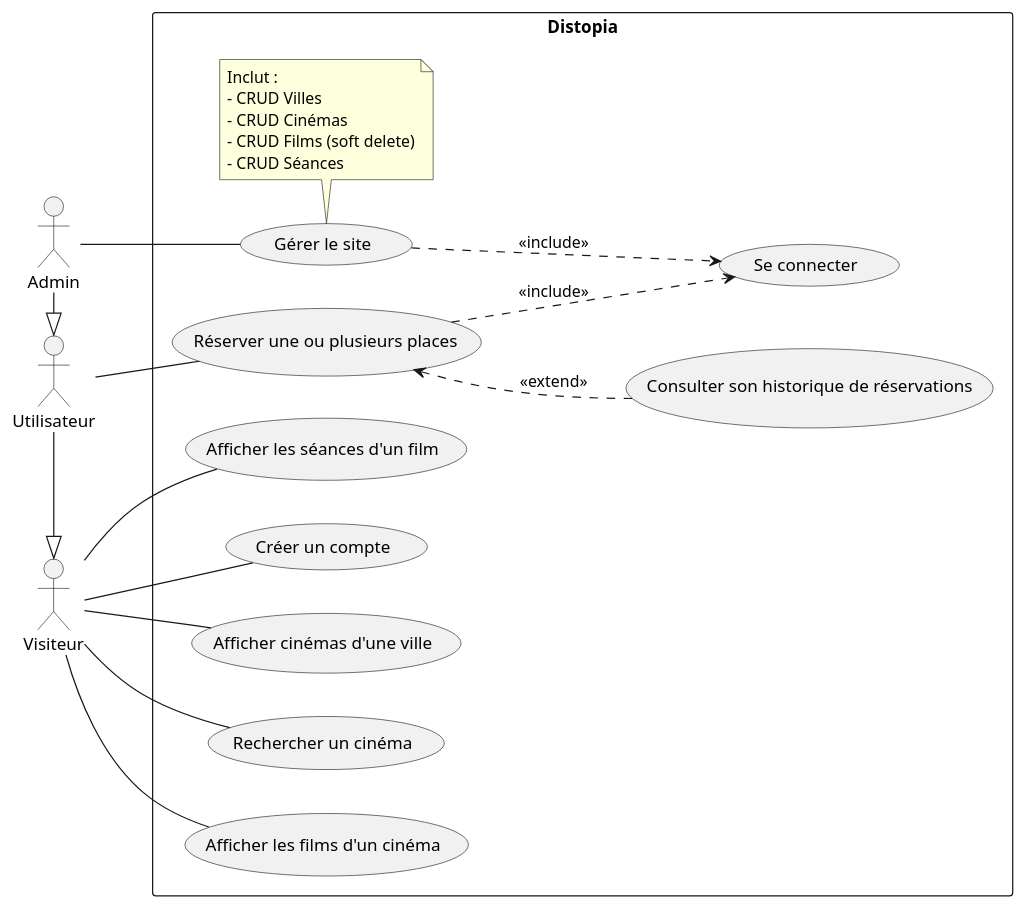
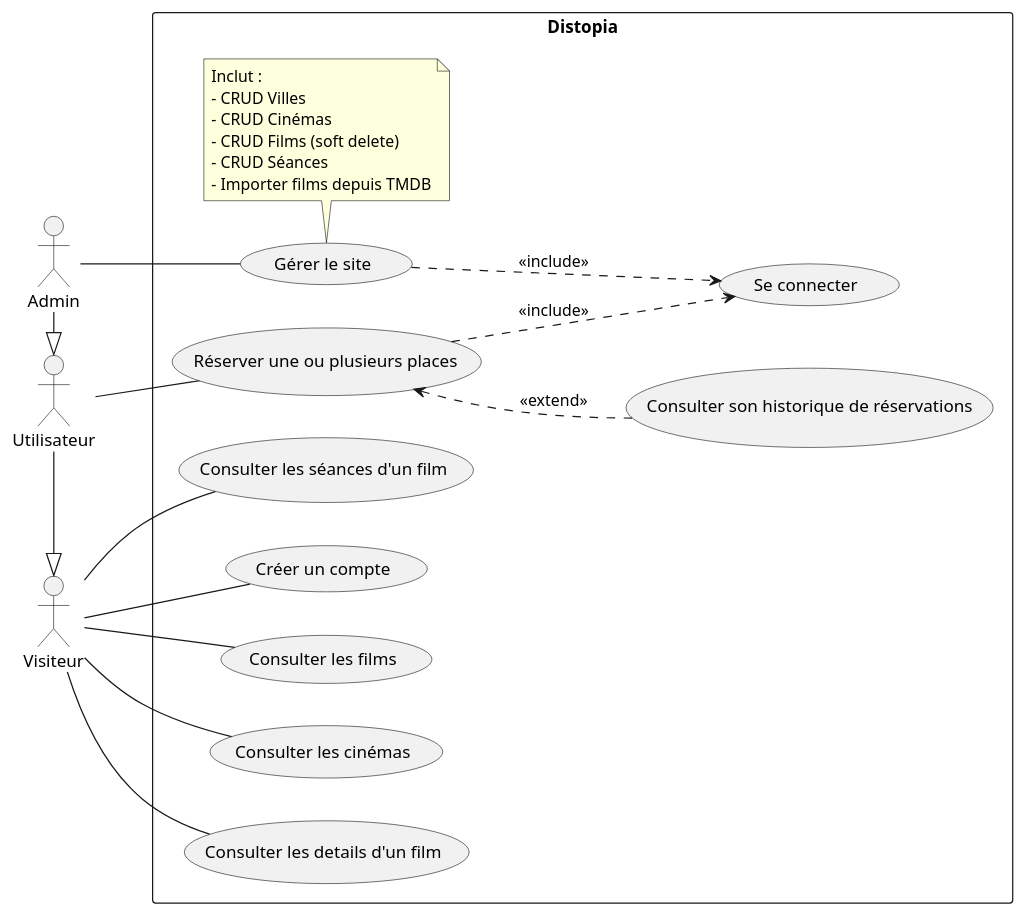
One commit to john7440/Distopia changed the diagram in docs/01 - Use Case/Use Case.puml. Above: the diagram before and after it, drawn with PlantUML. The commit also changed 1 other file, not shown here.

Commit message:
mise a jour du diagramme use case format .uml et .png

```diff
--- a/docs/01 - Use Case/Use Case.puml
+++ b/docs/01 - Use Case/Use Case.puml
@@ -1,50 +1,51 @@
 @startuml
 left to right direction
 
 Actor Visiteur
 Actor Utilisateur
 Actor Admin
 
 Utilisateur -|> Visiteur
 Admin -|> Utilisateur
 
 rectangle "Distopia" {
 
 usecase "Gérer le site" as A1
 
 usecase "Se connecter" as AUTH
 usecase "Créer un compte" as UC5
 
-usecase "Afficher cinémas d'une ville" as UC1
-usecase "Rechercher un cinéma" as UC2
-usecase "Afficher les films d'un cinéma" as UC3
-usecase "Afficher les séances d'un film" as UC4
+usecase "Consulter les films" as UC1
+usecase "Consulter les cinémas" as UC2
+usecase "Consulter les details d'un film" as UC3
+usecase "Consulter les séances d'un film" as UC4
 
 usecase "Réserver une ou plusieurs places" as UC6
 
 usecase "Consulter son historique de réservations" as UC7
 
 note bottom of A1
     Inclut :
     - CRUD Villes
     - CRUD Cinémas
     - CRUD Films (soft delete)
     - CRUD Séances
+    - Importer films depuis TMDB
 end note
 
 Visiteur -- UC1
 Visiteur -- UC2
 Visiteur -- UC3
 Visiteur -- UC4
 Visiteur -- UC5
 
 Utilisateur -- UC6
 
 Admin -- A1
 
 UC6 ..> AUTH : <<include>>
 A1 ..> AUTH : <<include>>
 
 UC7 .up.> UC6 : <<extend>>
 }
 @enduml
```
